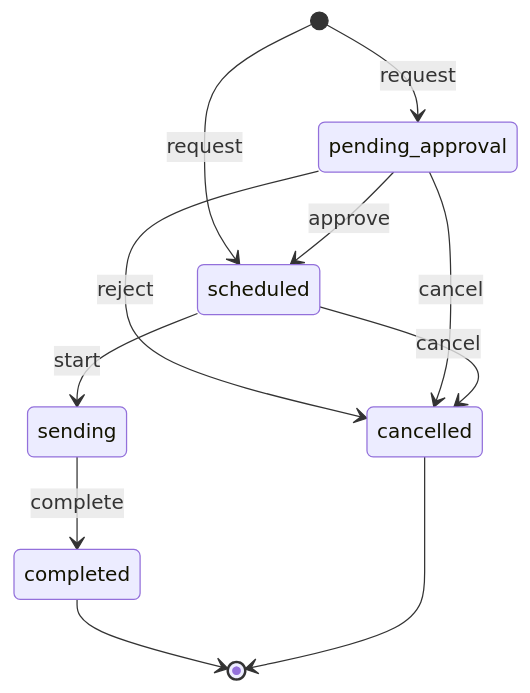
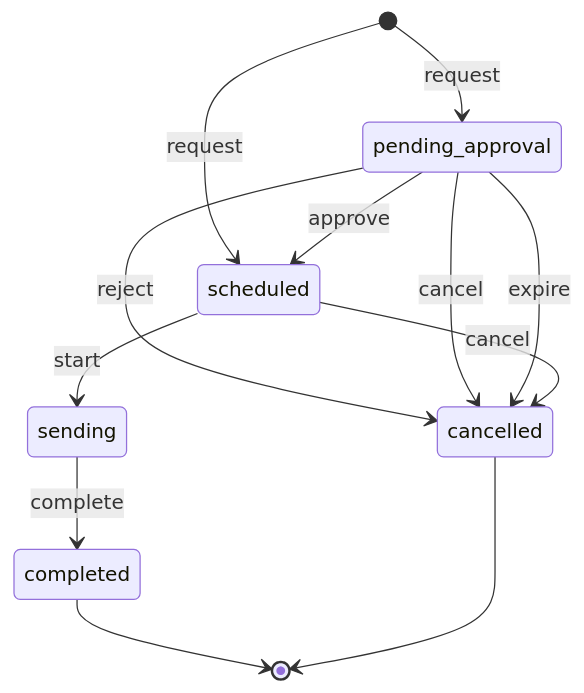
Before and after one commit to renox-rs/white-label: the third of 3 diagrams in docs/modules/wl-notify.md, drawn with Mermaid. The commit also changed other lines of this file and 38 other files, not shown here.

First line of the commit message:
Review G1-G7 for negative flows and completeness

````diff
--- a/docs/modules/wl-notify.md
+++ b/docs/modules/wl-notify.md
@@ -186,13 +189,14 @@
 ```mermaid
 stateDiagram-v2
   [*] --> pending_approval: request
   [*] --> scheduled: request
   pending_approval --> scheduled: approve
   pending_approval --> cancelled: reject
   pending_approval --> cancelled: cancel
+  pending_approval --> cancelled: expire
   scheduled --> sending: start
   scheduled --> cancelled: cancel
   sending --> completed: complete
   completed --> [*]
   cancelled --> [*]
 ```
````
